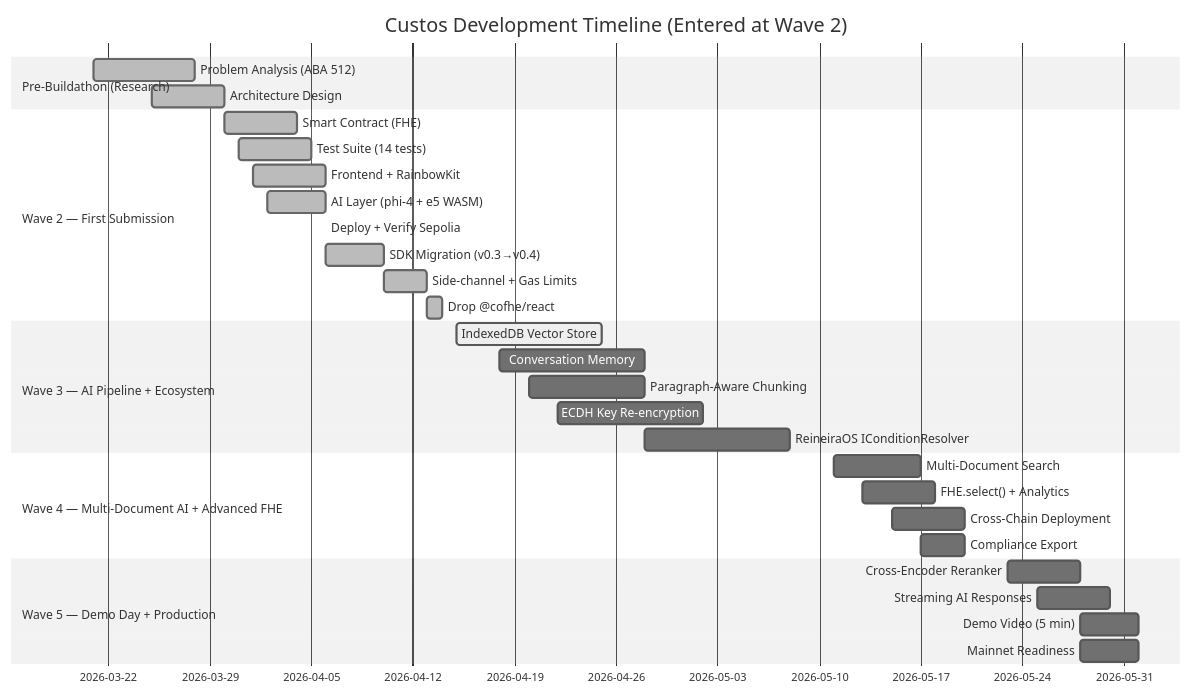
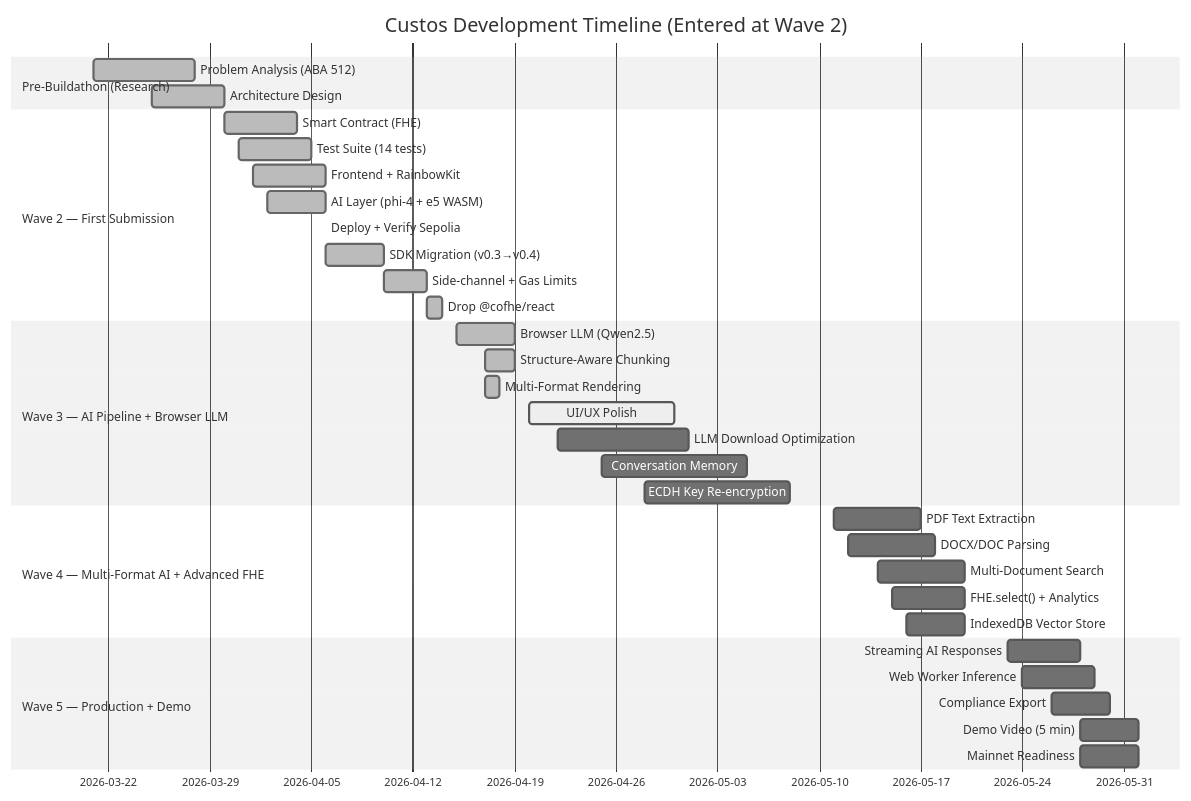
Diagram 13 of 16 in ARCHITECTURE.md (harystyleseze/custos), drawn with Mermaid (neutral theme) before and after one commit. The commit also changed other lines of this file and 3 other files, not shown here.

````diff
--- a/ARCHITECTURE.md
+++ b/ARCHITECTURE.md
@@ -485,38 +482,42 @@
 ```mermaid
 gantt
     title Custos Development Timeline (Entered at Wave 2)
     dateFormat YYYY-MM-DD
     
     section Pre-Buildathon (Research)
     Problem Analysis (ABA 512)  :done, pre1, 2026-03-21, 2026-03-28
     Architecture Design          :done, pre2, 2026-03-25, 2026-03-30
     
     section Wave 2 — First Submission
     Smart Contract (FHE)        :done, w2a, 2026-03-30, 2026-04-04
     Test Suite (14 tests)       :done, w2b, 2026-03-31, 2026-04-05
     Frontend + RainbowKit       :done, w2c, 2026-04-01, 2026-04-06
     AI Layer (phi-4 + e5 WASM)  :done, w2d, 2026-04-02, 2026-04-06
     Deploy + Verify Sepolia     :done, w2e, 2026-04-06, 2026-04-06
     SDK Migration (v0.3→v0.4)   :done, w2f, 2026-04-06, 2026-04-10
     Side-channel + Gas Limits   :done, w2g, 2026-04-10, 2026-04-13
     Drop @cofhe/react           :done, w2h, 2026-04-13, 2026-04-14
     
-    section Wave 3 — AI Pipeline + Ecosystem
-    IndexedDB Vector Store      :active, w3a, 2026-04-15, 2026-04-25
-    Conversation Memory         :w3b, 2026-04-18, 2026-04-28
-    Paragraph-Aware Chunking    :w3c, 2026-04-20, 2026-04-28
-    ECDH Key Re-encryption      :w3d, 2026-04-22, 2026-05-02
-    ReineiraOS IConditionResolver :w3e, 2026-04-28, 2026-05-08
+    section Wave 3 — AI Pipeline + Browser LLM
+    Browser LLM (Qwen2.5)      :done, w3a, 2026-04-15, 2026-04-19
+    Structure-Aware Chunking    :done, w3b, 2026-04-17, 2026-04-19
+    Multi-Format Rendering      :done, w3c, 2026-04-17, 2026-04-18
+    UI/UX Polish                :active, w3d, 2026-04-20, 2026-04-30
+    LLM Download Optimization   :w3e, 2026-04-22, 2026-05-01
+    Conversation Memory         :w3f, 2026-04-25, 2026-05-05
+    ECDH Key Re-encryption      :w3g, 2026-04-28, 2026-05-08
     
-    section Wave 4 — Multi-Document AI + Advanced FHE
-    Multi-Document Search       :w4a, 2026-05-11, 2026-05-17
-    FHE.select() + Analytics    :w4b, 2026-05-13, 2026-05-18
-    Cross-Chain Deployment      :w4c, 2026-05-15, 2026-05-20
-    Compliance Export           :w4d, 2026-05-17, 2026-05-20
+    section Wave 4 — Multi-Format AI + Advanced FHE
+    PDF Text Extraction         :w4a, 2026-05-11, 2026-05-17
+    DOCX/DOC Parsing            :w4b, 2026-05-12, 2026-05-18
+    Multi-Document Search       :w4c, 2026-05-14, 2026-05-20
+    FHE.select() + Analytics    :w4d, 2026-05-15, 2026-05-20
+    IndexedDB Vector Store      :w4e, 2026-05-16, 2026-05-20
     
-    section Wave 5 — Demo Day + Production
-    Cross-Encoder Reranker      :w5a, 2026-05-23, 2026-05-28
-    Streaming AI Responses      :w5b, 2026-05-25, 2026-05-30
-    Demo Video (5 min)          :w5c, 2026-05-28, 2026-06-01
-    Mainnet Readiness           :w5d, 2026-05-28, 2026-06-01
+    section Wave 5 — Production + Demo
+    Streaming AI Responses      :w5a, 2026-05-23, 2026-05-28
+    Web Worker Inference         :w5b, 2026-05-24, 2026-05-29
+    Compliance Export           :w5c, 2026-05-26, 2026-05-30
+    Demo Video (5 min)          :w5d, 2026-05-28, 2026-06-01
+    Mainnet Readiness           :w5e, 2026-05-28, 2026-06-01
 ```
````
